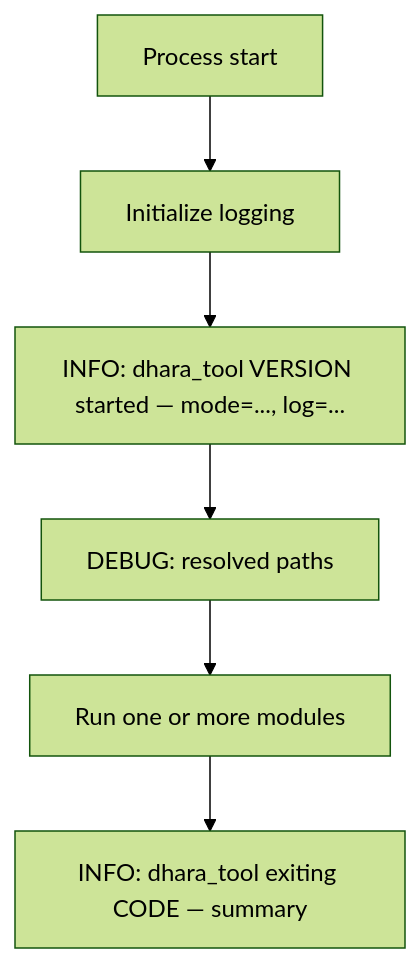
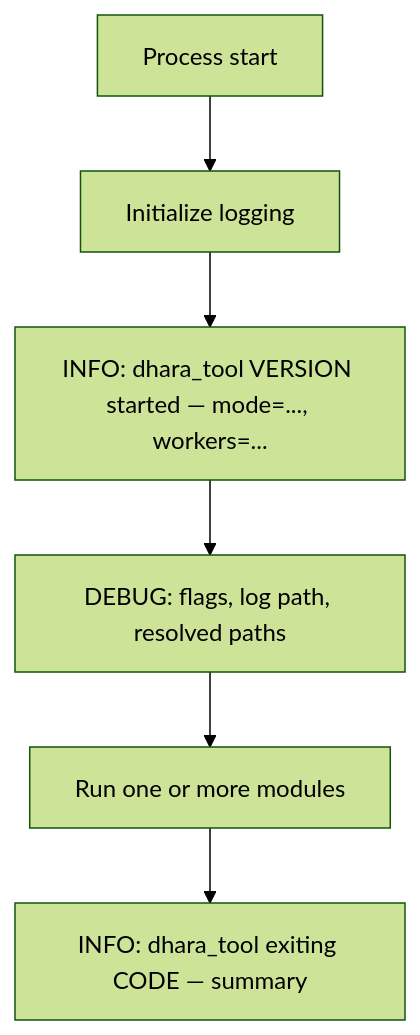
One commit to D-Naveenz/dhara_storage changed the first of 2 diagrams in docs/logging.md. Above: the diagram before and after it, drawn with Mermaid (forest theme). The commit also changed other lines of this file and 16 other files, not shown here.

First line of the commit message:
Enhance worker thread management and logging in dhara_tool

````diff
--- a/docs/logging.md
+++ b/docs/logging.md
@@ -37,8 +61,8 @@
 ```mermaid
 flowchart TD
   start[Process start] --> init[Initialize logging]
-  init --> sessionOpen["INFO: dhara_tool VERSION started — mode=..., log=..."]
-  sessionOpen --> debugPaths["DEBUG: resolved paths"]
-  debugPaths --> modules[Run one or more modules]
+  init --> sessionOpen["INFO: dhara_tool VERSION started — mode=..., workers=..."]
+  sessionOpen --> debugFlags["DEBUG: flags, log path, resolved paths"]
+  debugFlags --> modules[Run one or more modules]
   modules --> sessionClose["INFO: dhara_tool exiting CODE — summary"]
 ```
````
